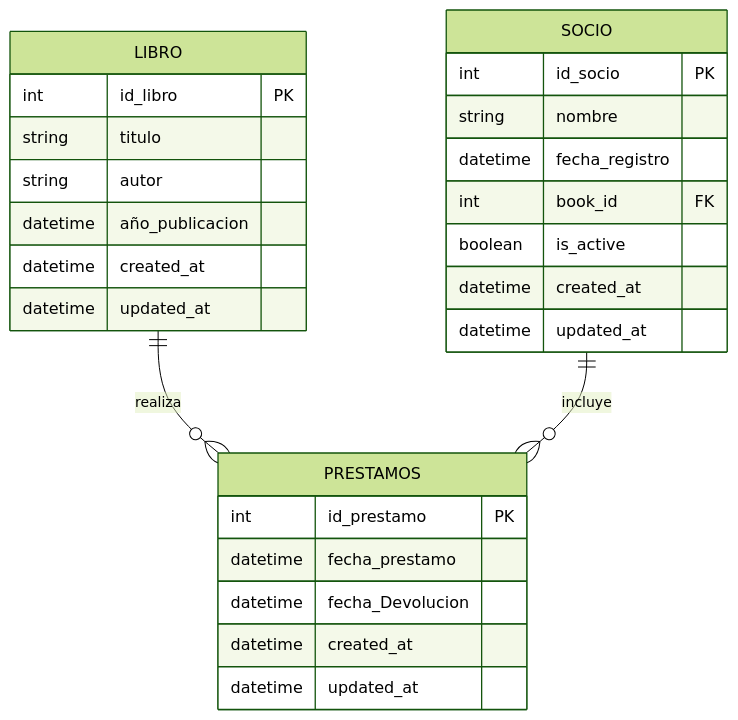
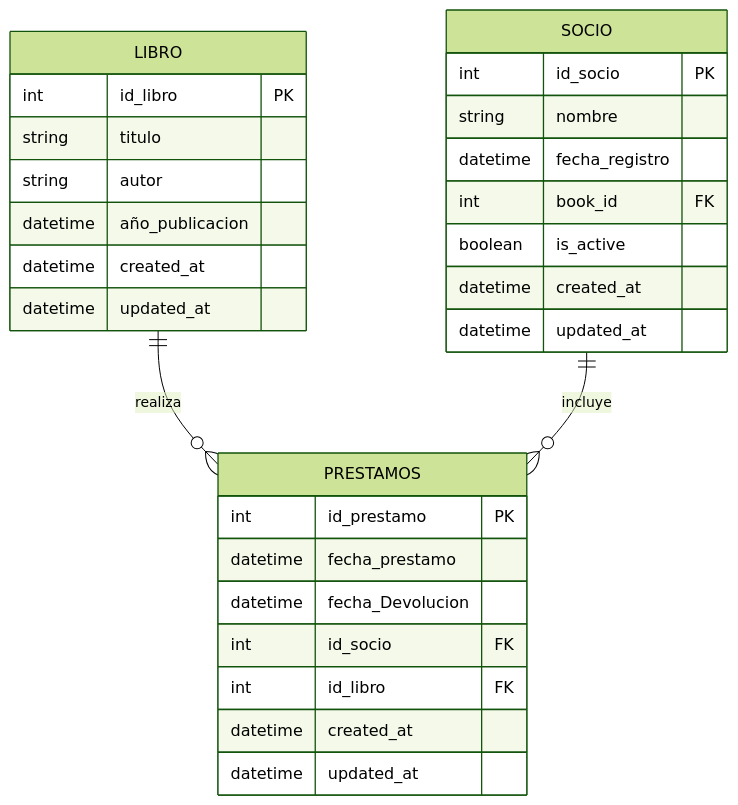
The diagram in server/Libros.md (Tomas-crypto14/sequelize-express-Prueba), drawn with Mermaid (forest theme) before and after one commit.

Commit message:
Actualizado

````diff
--- a/server/Libros.md
+++ b/server/Libros.md
@@ -1,29 +1,31 @@
 ```mermaid
 erDiagram
 LIBRO ||--o{ PRESTAMOS : realiza
 SOCIO ||--o{ PRESTAMOS : incluye
     LIBRO {
         int id_libro PK
         string titulo
         string autor
         datetime año_publicacion
         datetime created_at
         datetime updated_at
     }
     SOCIO {
         int id_socio PK
         string nombre
         datetime fecha_registro
         int book_id FK
         boolean is_active
         datetime created_at
         datetime updated_at
     }
     PRESTAMOS {
         int id_prestamo PK
         datetime fecha_prestamo
         datetime fecha_Devolucion
+        int id_socio FK
+        int id_libro FK
         datetime created_at
         datetime updated_at
     }
 ```
````
